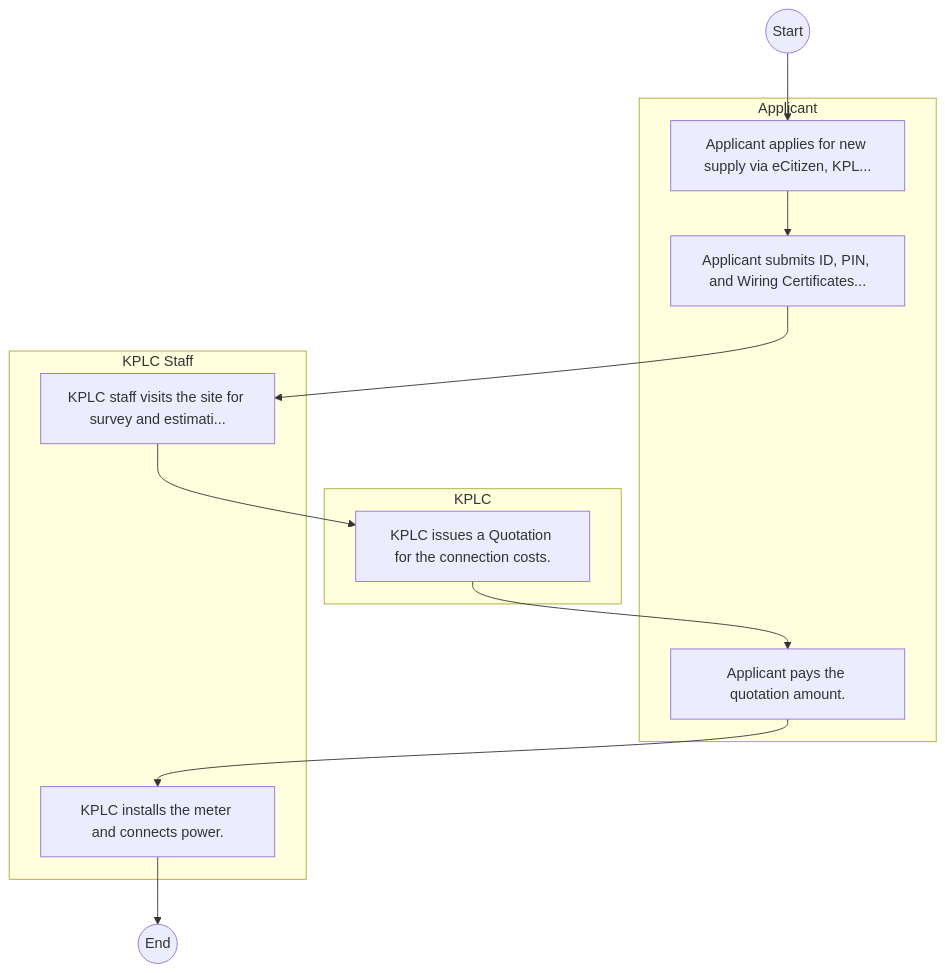
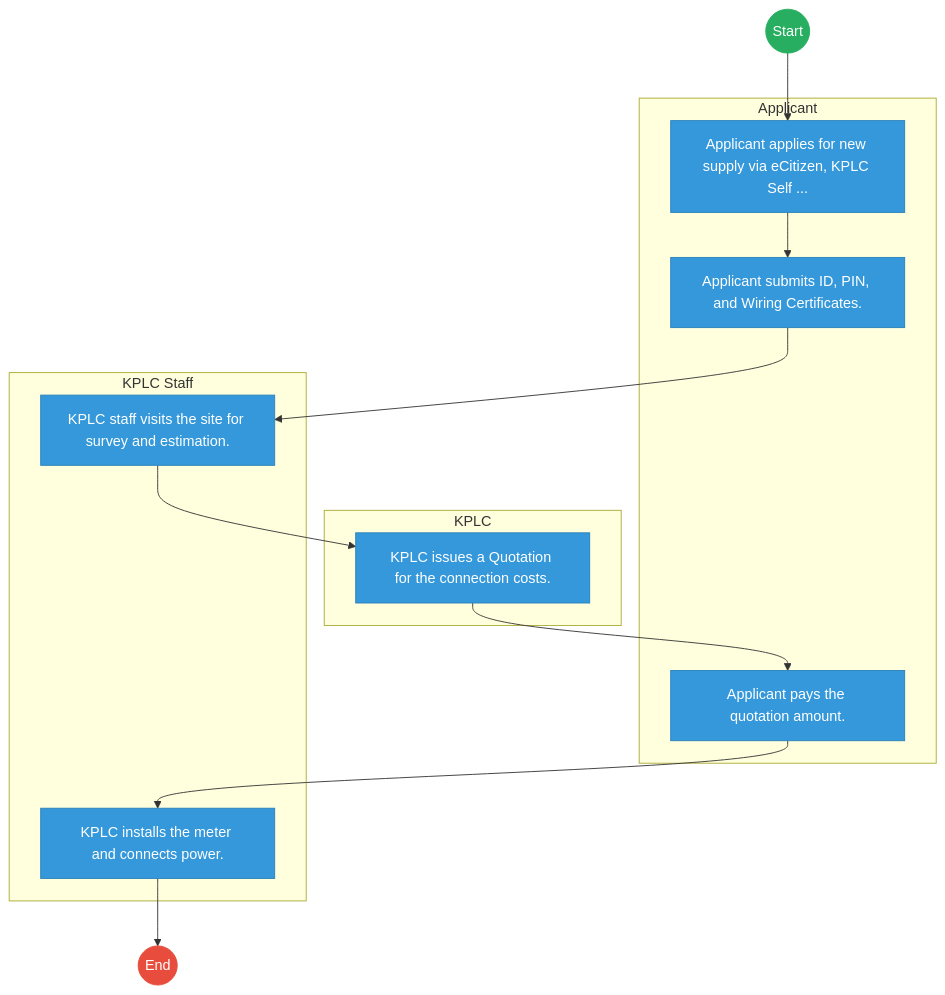
One commit to BITZ-IT-Consulting-LTD/ictapoc changed the first of 2 diagrams in mdas/docs_final/Kenya_Power_and_Lighting_Company___Service_Delivery.md. Above: the diagram before and after it, drawn with Mermaid. The commit also changed other lines of this file and 461 other files, not shown here.

````diff
--- a/mdas/docs_final/Kenya_Power_and_Lighting_Company___Service_Delivery.md
+++ b/mdas/docs_final/Kenya_Power_and_Lighting_Company___Service_Delivery.md
@@ -20,22 +20,34 @@
 ```mermaid
 graph TD
     Start((Start)) --> S1
+
     subgraph Applicant [Applicant]
-        S1["Applicant applies for new supply via eCitizen, KPL..."]
-        S2["Applicant submits ID, PIN, and Wiring Certificates..."]
+        S1["Applicant applies for new supply via eCitizen, KPLC Self ..."]
+        S2["Applicant submits ID, PIN, and Wiring Certificates."]
         S5["Applicant pays the quotation amount."]
     end
-    subgraph KPLCStaff [KPLC Staff]
-        S3["KPLC staff visits the site for survey and estimati..."]
+
+    subgraph KPLC_Staff [KPLC Staff]
+        S3["KPLC staff visits the site for survey and estimation."]
         S6["KPLC installs the meter and connects power."]
     end
+
     subgraph KPLC [KPLC]
         S4["KPLC issues a Quotation for the connection costs."]
     end
     S1 --> S2
     S2 --> S3
     S3 --> S4
     S4 --> S5
     S5 --> S6
     S6 --> End((End))
+
+    classDef start fill:#27ae60,stroke:#27ae60,color:#fff;
+    classDef endNode fill:#e74c3c,stroke:#e74c3c,color:#fff;
+    classDef userTask fill:#3498db,stroke:#2980b9,color:#fff;
+    classDef serviceTask fill:#9b59b6,stroke:#8e44ad,color:#fff;
+
+    class Start start;
+    class End endNode;
+    class S1,S2,S3,S4,S5,S6 userTask;
 ```
````
